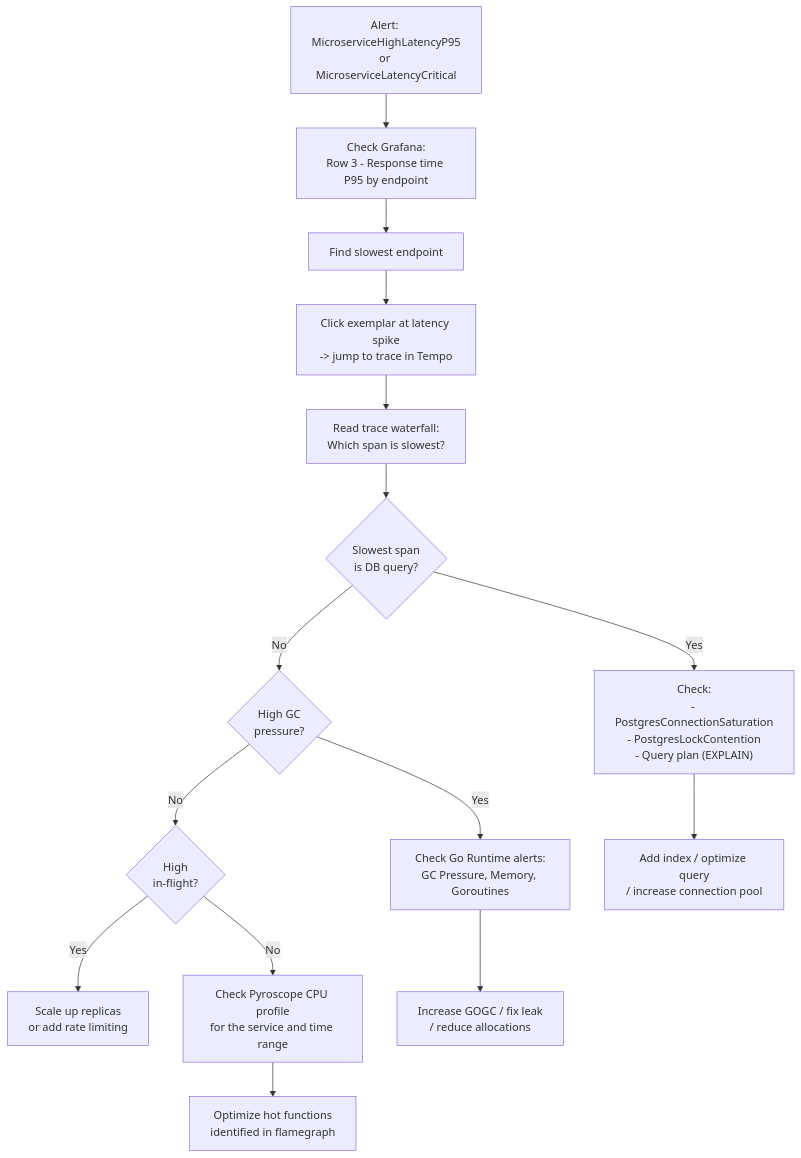
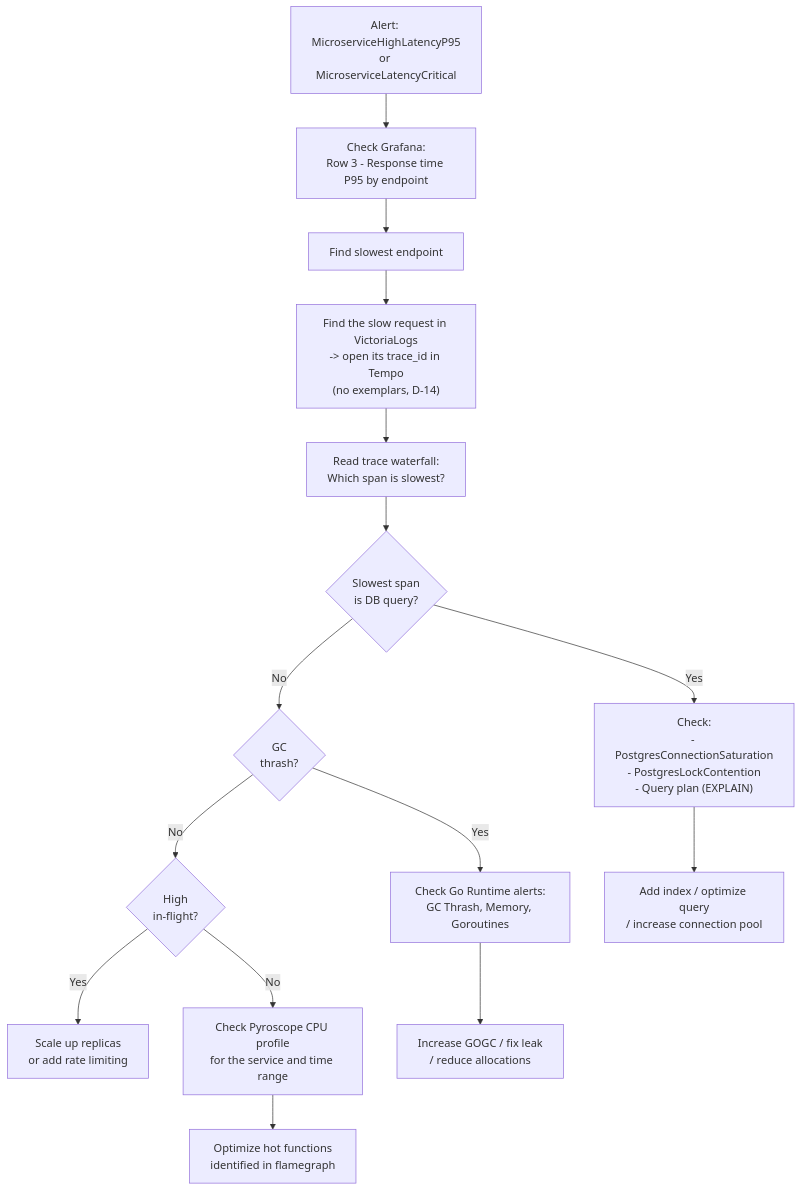
Before and after one commit to duynhlab/homelab: the third of 5 diagrams in docs/observability/runbooks/microservices-alerts.md, drawn with Mermaid. The commit also changed other lines of this file and 24 other files, not shown here.

````diff
--- a/docs/observability/runbooks/microservices-alerts.md
+++ b/docs/observability/runbooks/microservices-alerts.md
@@ -649,24 +645,24 @@
 ```mermaid
 flowchart TD
     Start["Alert: MicroserviceHighLatencyP95\nor MicroserviceLatencyCritical"] --> CheckP95["Check Grafana:\nRow 3 - Response time P95 by endpoint"]
 
     CheckP95 --> IdentifyEndpoint["Find slowest endpoint"]
 
-    IdentifyEndpoint --> CheckExemplar["Click exemplar at latency spike\n-> jump to trace in Tempo"]
+    IdentifyEndpoint --> CheckExemplar["Find the slow request in VictoriaLogs\n-> open its trace_id in Tempo\n(no exemplars, D-14)"]
 
     CheckExemplar --> ReadTrace["Read trace waterfall:\nWhich span is slowest?"]
 
     ReadTrace --> IsDB{Slowest span\nis DB query?}
     IsDB -->|Yes| CheckDBMetrics["Check:\n- PostgresConnectionSaturation\n- PostgresLockContention\n- Query plan (EXPLAIN)"]
-    IsDB -->|No| IsGC{High GC\npressure?}
+    IsDB -->|No| IsGC{GC\nthrash?}
 
-    IsGC -->|Yes| CheckRuntime["Check Go Runtime alerts:\nGC Pressure, Memory, Goroutines"]
+    IsGC -->|Yes| CheckRuntime["Check Go Runtime alerts:\nGC Thrash, Memory, Goroutines"]
     IsGC -->|No| IsSaturation{High\nin-flight?}
 
     IsSaturation -->|Yes| ScaleUp["Scale up replicas\nor add rate limiting"]
     IsSaturation -->|No| CheckPyroscope["Check Pyroscope CPU profile\nfor the service and time range"]
 
     CheckDBMetrics --> OptimizeDB["Add index / optimize query\n/ increase connection pool"]
     CheckRuntime --> OptimizeRuntime["Increase GOGC / fix leak\n/ reduce allocations"]
     CheckPyroscope --> OptimizeCode["Optimize hot functions\nidentified in flamegraph"]
 ```
````
